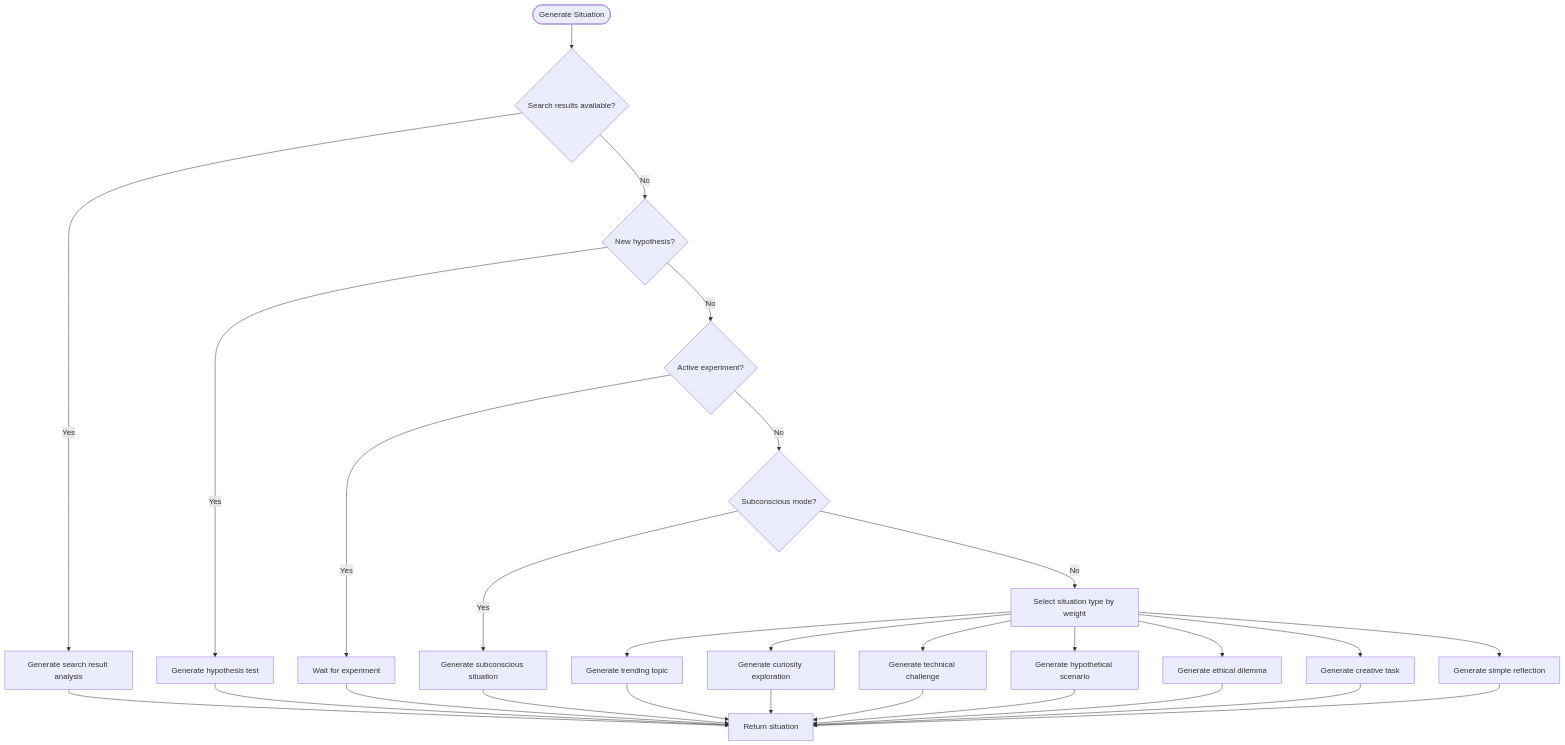
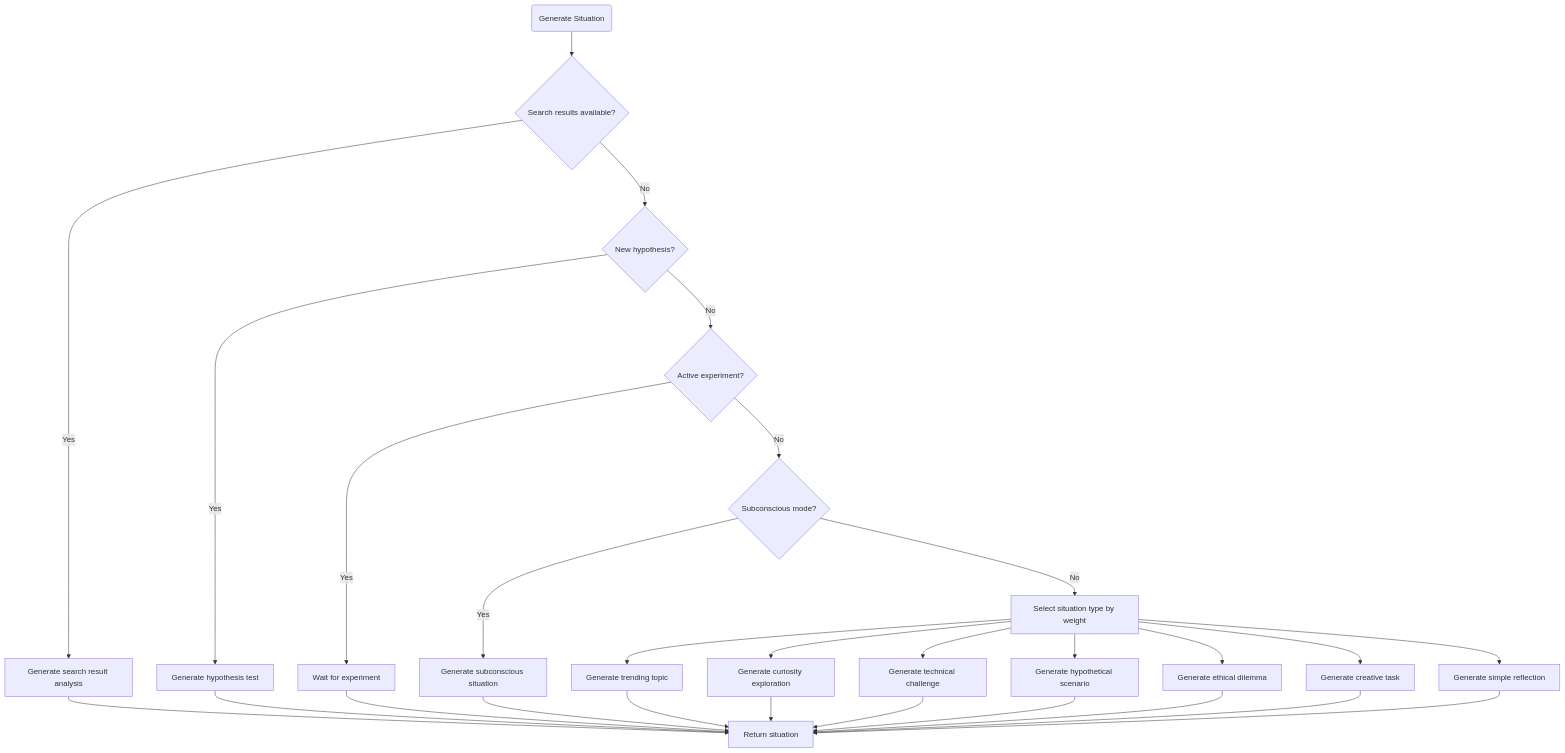
The third of 10 diagrams in docs/Architecture & Design/Data Flow and Lifecycle.md (Likhithsai2580/RAVANA-WIKI), drawn with Mermaid before and after one commit. The commit also changed other lines of this file and 31 other files, not shown here.

First line of the commit message:
Fix(docs): Correct Mermaid diagram syntax

````diff
--- a/docs/Architecture & Design/Data Flow and Lifecycle.md
+++ b/docs/Architecture & Design/Data Flow and Lifecycle.md
@@ -132,30 +132,30 @@
 ```mermaid
 flowchart TD
-Start([Generate Situation]) --> CheckSearchResults{"Search results available?"}
+Start("Generate Situation") --> CheckSearchResults{"Search results available?"}
 CheckSearchResults --> |Yes| GenerateSearchResult[Generate search result analysis]
 CheckSearchResults --> |No| CheckHypothesis{"New hypothesis?"}
 CheckHypothesis --> |Yes| GenerateHypothesis[Generate hypothesis test]
 CheckHypothesis --> |No| CheckExperiment{"Active experiment?"}
 CheckExperiment --> |Yes| Wait[Wait for experiment]
 CheckExperiment --> |No| CheckSubconscious{"Subconscious mode?"}
 CheckSubconscious --> |Yes| GenerateSubconscious[Generate subconscious situation]
 CheckSubconscious --> |No| SelectType[Select situation type by weight]
 SelectType --> GenerateTrending[Generate trending topic]
 SelectType --> GenerateCuriosity[Generate curiosity exploration]
 SelectType --> GenerateTechnical[Generate technical challenge]
 SelectType --> GenerateHypothetical[Generate hypothetical scenario]
 SelectType --> GenerateEthical[Generate ethical dilemma]
 SelectType --> GenerateCreative[Generate creative task]
 SelectType --> GenerateReflection[Generate simple reflection]
 GenerateSearchResult --> Return[Return situation]
 GenerateHypothesis --> Return
 Wait --> Return
 GenerateSubconscious --> Return
 GenerateTrending --> Return
 GenerateCuriosity --> Return
 GenerateTechnical --> Return
 GenerateHypothetical --> Return
 GenerateEthical --> Return
 GenerateCreative --> Return
 GenerateReflection --> Return
 ```
````
